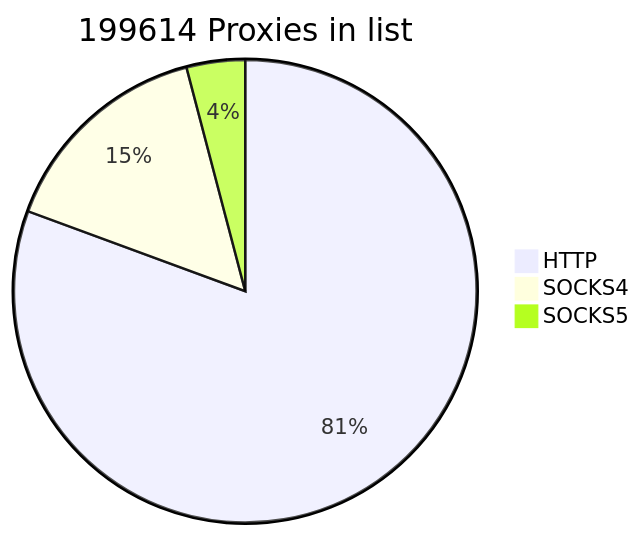
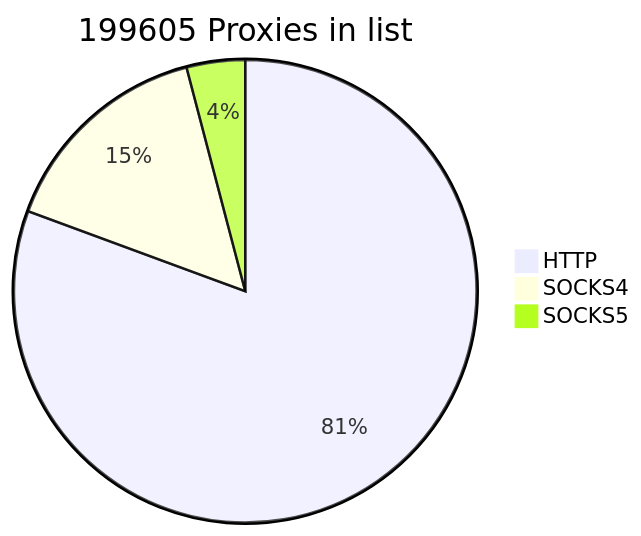
Before and after one commit to cutipu/proxylist: the first of 2 diagrams in README.md, drawn with Mermaid. The commit also changed other lines of this file, not shown here.

````diff
--- a/README.md
+++ b/README.md
@@ -2,7 +2,7 @@
 ```mermaid
-pie title 199614 Proxies in list
+pie title 199605 Proxies in list
     "HTTP" : 160920
-    "SOCKS4" : 30536
-    "SOCKS5" : 8158
+    "SOCKS4" : 30535
+    "SOCKS5" : 8150
             
 ```
````
